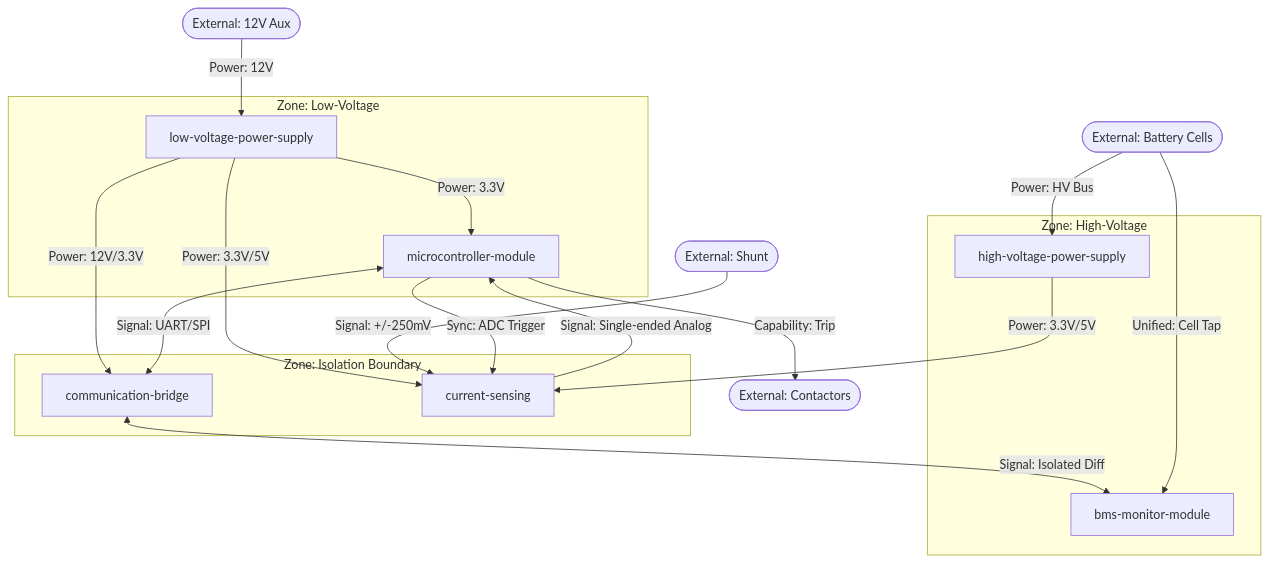
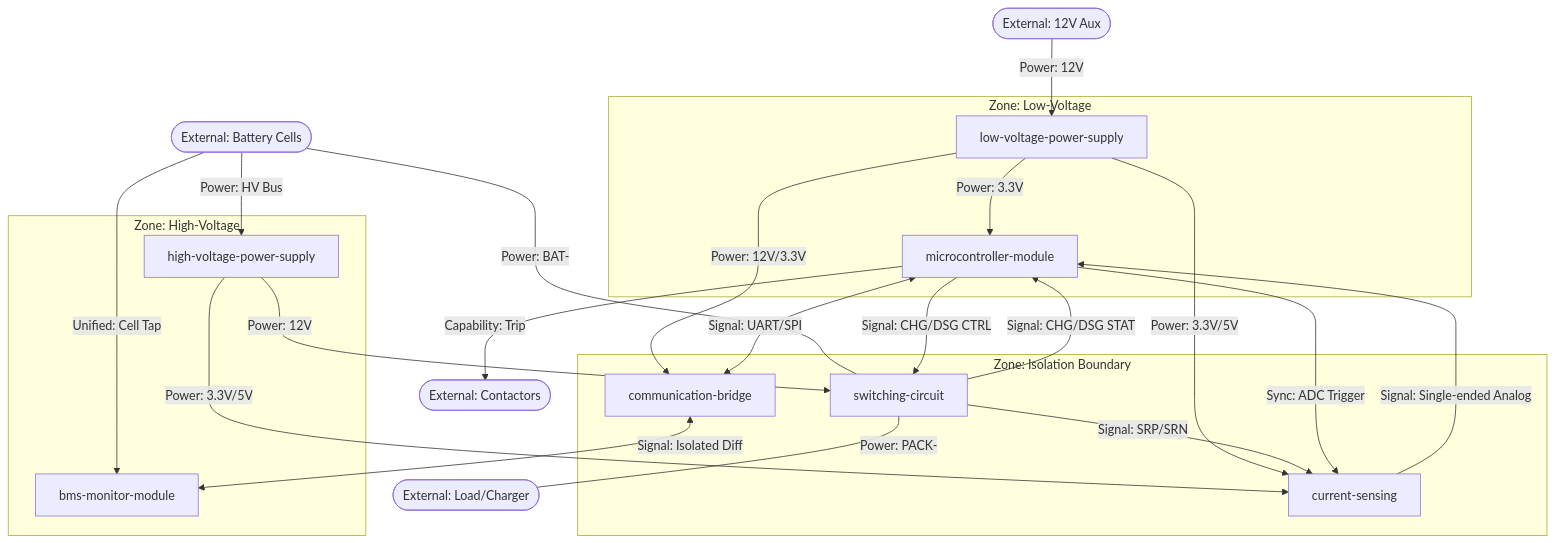
The diagram in system-boundary.md (vivekvjnk/bms-project), drawn with Mermaid before and after one commit. The commit also changed other lines of this file and 91 other files, not shown here.

````diff
--- a/system-boundary.md
+++ b/system-boundary.md
@@ -63,41 +70,47 @@
 ```mermaid
 graph TD
 
   subgraph LV_Zone ["Zone: Low-Voltage"]
     MCU[microcontroller-module]
     LVPS[low-voltage-power-supply]
   end
 
   subgraph HV_Zone ["Zone: High-Voltage"]
     BMM[bms-monitor-module]
     HVPS[high-voltage-power-supply]
   end
 
   subgraph ISO_Zone ["Zone: Isolation Boundary"]
     CB[communication-bridge]
     CS[current-sensing]
+    SWC[switching-circuit]
   end
 
   EXT_AUX([External: 12V Aux])
   EXT_CELLS([External: Battery Cells])
-  EXT_SHUNT([External: Shunt])
+  EXT_LOAD([External: Load/Charger])
   EXT_CONT([External: Contactors])
 
   EXT_AUX -->|Power: 12V| LVPS
   LVPS -->|Power: 3.3V| MCU
   LVPS -->|Power: 12V/3.3V| CB
   LVPS -->|Power: 3.3V/5V| CS
 
   MCU <-->|Signal: UART/SPI| CB
   CB <-->|Signal: Isolated Diff| BMM
   
   EXT_CELLS -->|Unified: Cell Tap| BMM
   EXT_CELLS -->|Power: HV Bus| HVPS
+  EXT_CELLS ---|Power: BAT-| SWC
+  SWC ---|Power: PACK-| EXT_LOAD
   HVPS -->|Power: 3.3V/5V| CS
+  HVPS -->|Power: 12V| SWC
   
-  EXT_SHUNT -->|Signal: +/-250mV| CS
+  SWC -->|Signal: SRP/SRN| CS
   CS -->|Signal: Single-ended Analog| MCU
   
   MCU -->|Sync: ADC Trigger| CS
+  MCU -->|Signal: CHG/DSG CTRL| SWC
+  SWC -->|Signal: CHG/DSG STAT| MCU
   MCU -->|Capability: Trip| EXT_CONT
 ```
````
